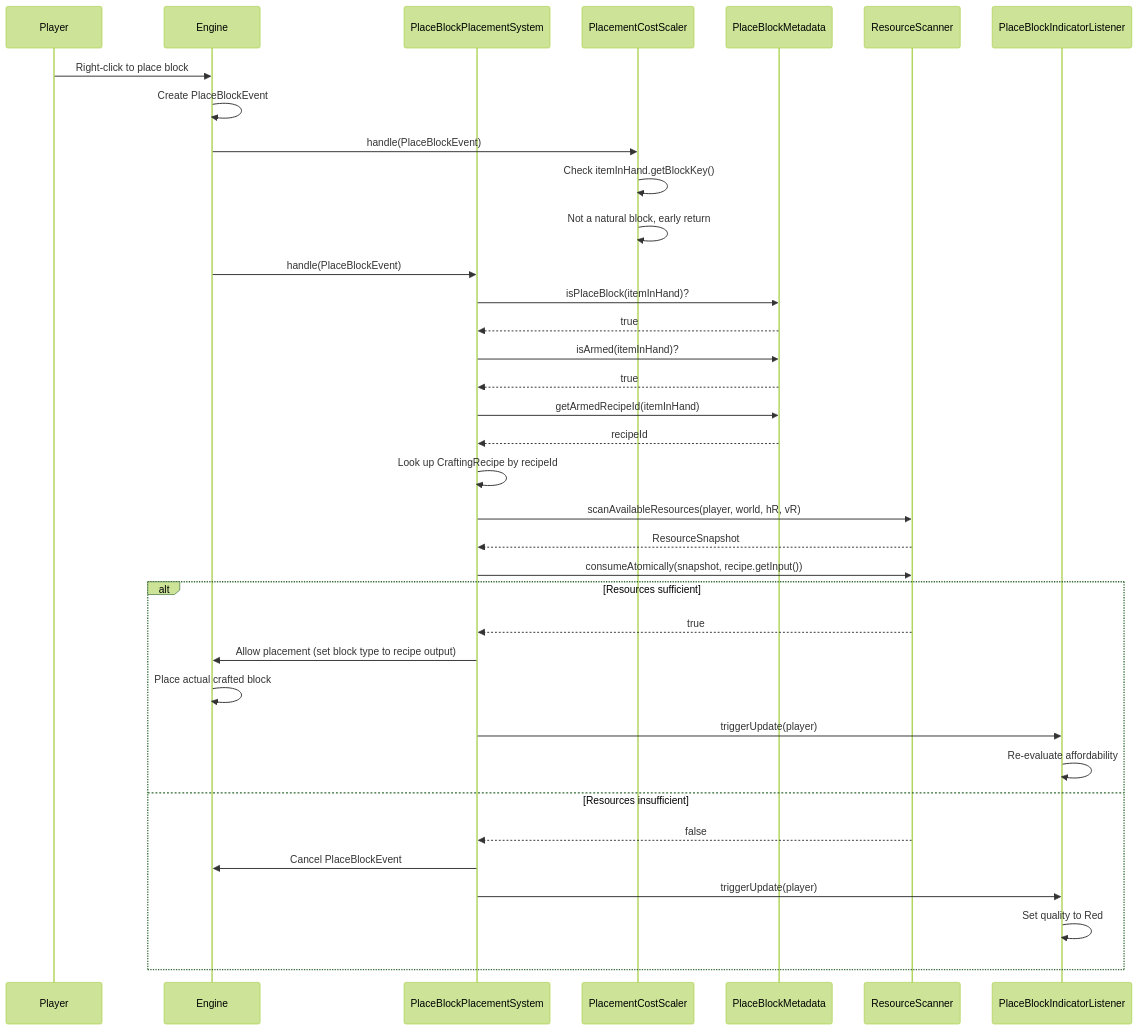
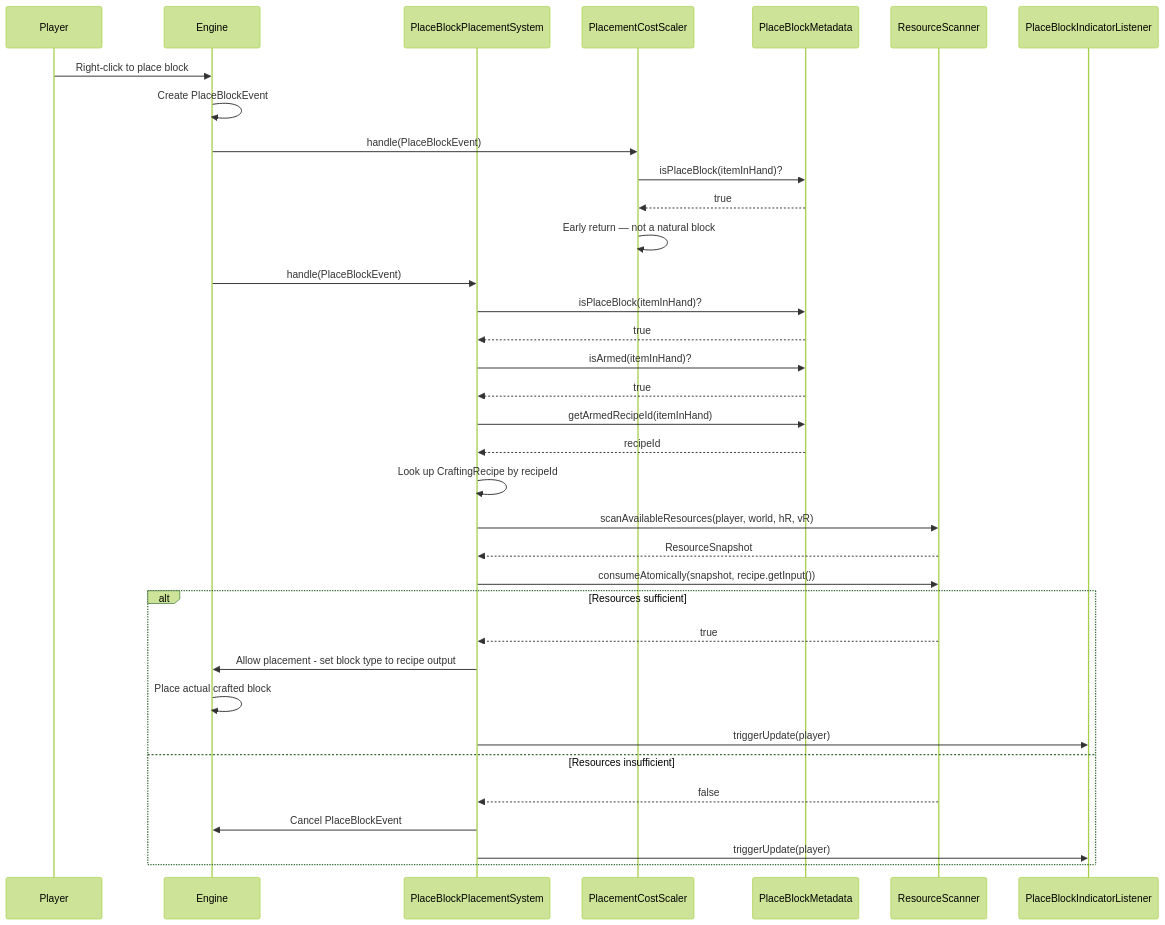
One commit to TheCodeCreature/Hytale-Example-Plugin changed the fourth of 6 diagrams in docs/Plans/design-placeblock-building-tool.md. Above: the diagram before and after it, drawn with Mermaid (forest theme). The commit also changed other lines of this file and 12 other files, not shown here.

First line of the commit message:
Refactor PlaceBlock Building Tool Documentation and Introduce Blueprint Bench

````diff
--- a/docs/Plans/design-placeblock-building-tool.md
+++ b/docs/Plans/design-placeblock-building-tool.md
@@ -145,39 +217,38 @@
 ```mermaid
 sequenceDiagram
     participant P as Player
     participant E as Engine
     participant PBS as PlaceBlockPlacementSystem
     participant PCS as PlacementCostScaler
     participant PM as PlaceBlockMetadata
     participant RS as ResourceScanner
     participant IL as PlaceBlockIndicatorListener
 
     P->>E: Right-click to place block
     E->>E: Create PlaceBlockEvent
     E->>PCS: handle(PlaceBlockEvent)
-    PCS->>PCS: Check itemInHand.getBlockKey()
-    PCS->>PCS: Not a natural block, early return
+    PCS->>PM: isPlaceBlock(itemInHand)?
+    PM-->>PCS: true
+    PCS->>PCS: Early return — not a natural block
     E->>PBS: handle(PlaceBlockEvent)
     PBS->>PM: isPlaceBlock(itemInHand)?
     PM-->>PBS: true
     PBS->>PM: isArmed(itemInHand)?
     PM-->>PBS: true
     PBS->>PM: getArmedRecipeId(itemInHand)
     PM-->>PBS: recipeId
     PBS->>PBS: Look up CraftingRecipe by recipeId
     PBS->>RS: scanAvailableResources(player, world, hR, vR)
     RS-->>PBS: ResourceSnapshot
     PBS->>RS: consumeAtomically(snapshot, recipe.getInput())
     alt Resources sufficient
         RS-->>PBS: true
-        PBS->>E: Allow placement (set block type to recipe output)
+        PBS->>E: Allow placement - set block type to recipe output
         E->>E: Place actual crafted block
         PBS->>IL: triggerUpdate(player)
-        IL->>IL: Re-evaluate affordability
     else Resources insufficient
         RS-->>PBS: false
         PBS->>E: Cancel PlaceBlockEvent
         PBS->>IL: triggerUpdate(player)
-        IL->>IL: Set quality to Red
     end
 ```
````
